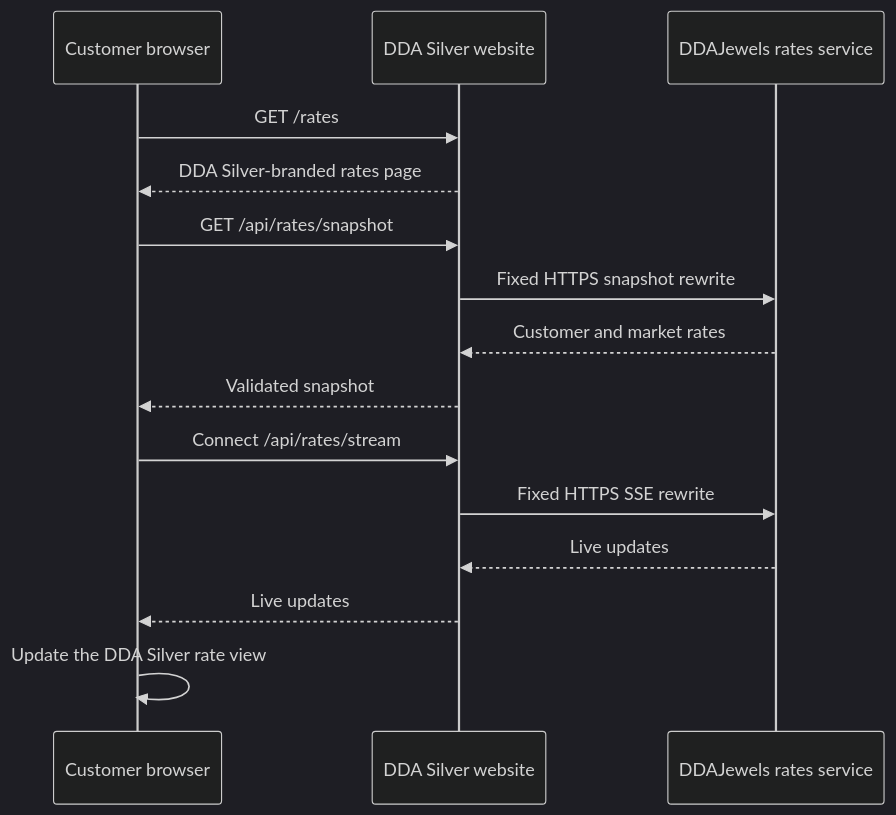
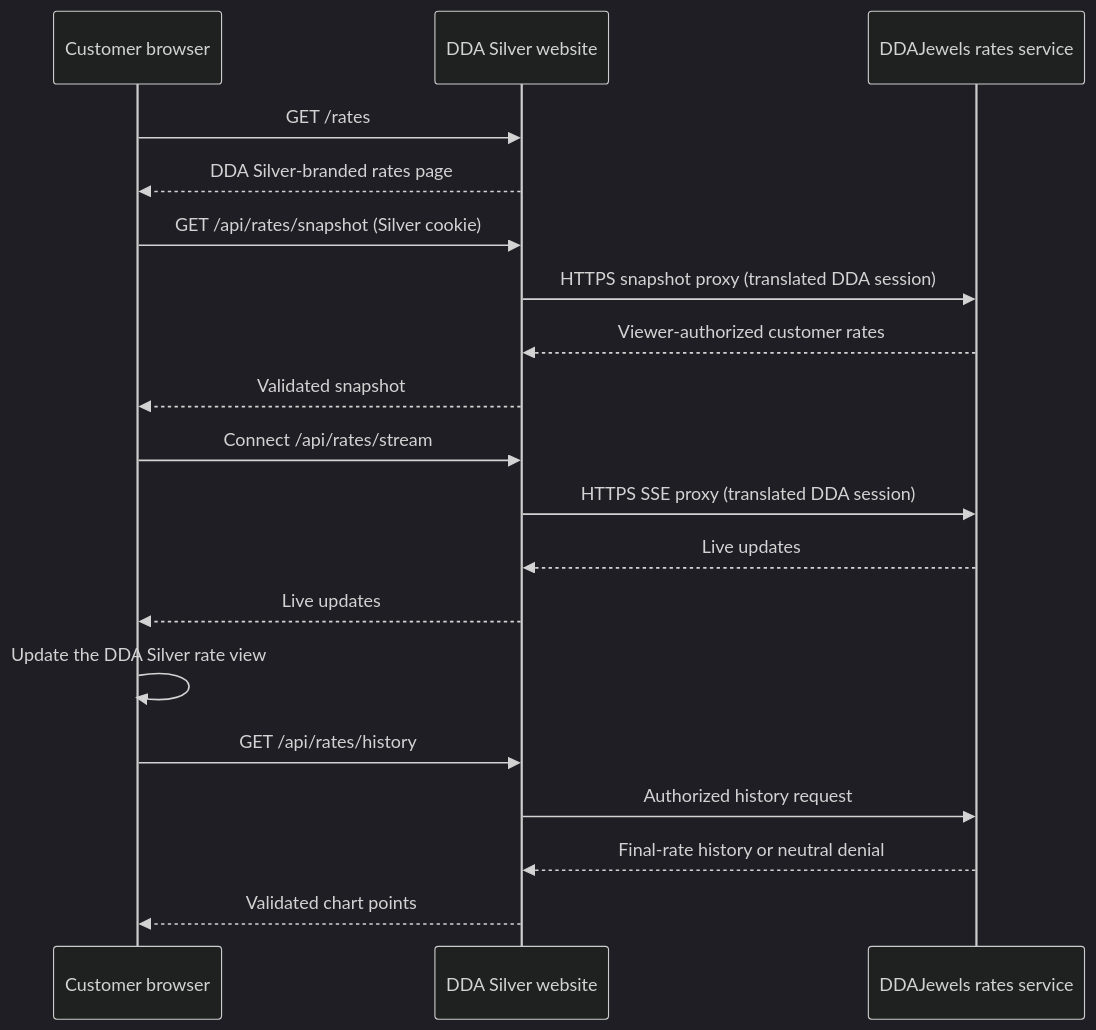
One commit to kta136/DDASilver_Web changed the diagram in docs/rates-integration.md. Above: the diagram before and after it, drawn with Mermaid (dark theme). The commit also changed other lines of this file and 42 other files, not shown here.

````diff
--- a/docs/rates-integration.md
+++ b/docs/rates-integration.md
@@ -20,18 +20,22 @@
 ```mermaid
 sequenceDiagram
     participant Browser as Customer browser
     participant Silver as DDA Silver website
     participant Jewels as DDAJewels rates service
 
     Browser->>Silver: GET /rates
     Silver-->>Browser: DDA Silver-branded rates page
-    Browser->>Silver: GET /api/rates/snapshot
-    Silver->>Jewels: Fixed HTTPS snapshot rewrite
-    Jewels-->>Silver: Customer and market rates
+    Browser->>Silver: GET /api/rates/snapshot (Silver cookie)
+    Silver->>Jewels: HTTPS snapshot proxy (translated DDA session)
+    Jewels-->>Silver: Viewer-authorized customer rates
     Silver-->>Browser: Validated snapshot
     Browser->>Silver: Connect /api/rates/stream
-    Silver->>Jewels: Fixed HTTPS SSE rewrite
+    Silver->>Jewels: HTTPS SSE proxy (translated DDA session)
     Jewels-->>Silver: Live updates
     Silver-->>Browser: Live updates
     Browser->>Browser: Update the DDA Silver rate view
+    Browser->>Silver: GET /api/rates/history
+    Silver->>Jewels: Authorized history request
+    Jewels-->>Silver: Final-rate history or neutral denial
+    Silver-->>Browser: Validated chart points
 ```
````
